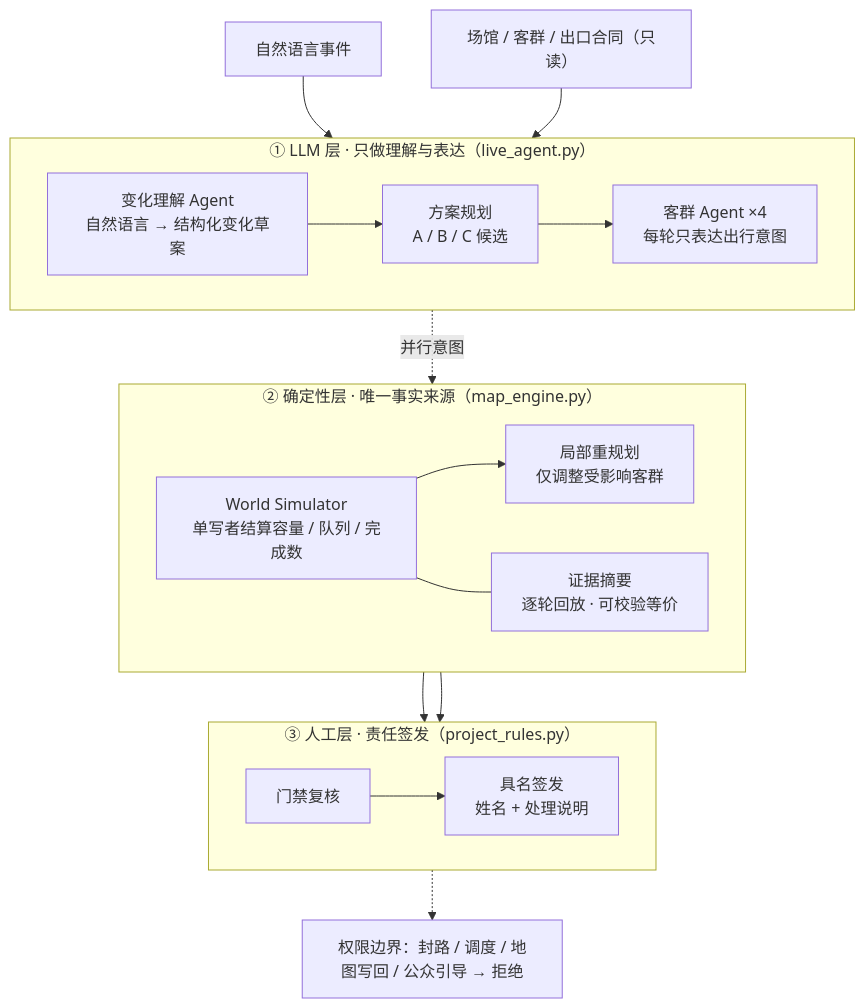
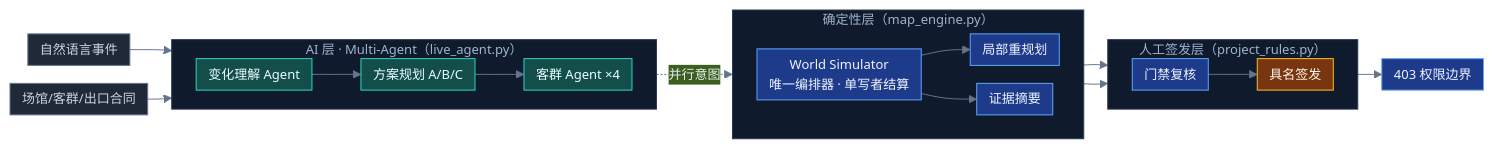
The second of 2 diagrams in README.md (mumudecrance-ship-it/ai-agent-portfolio), drawn with Mermaid before and after one commit. The commit also changed other lines of this file, not shown here.

Commit message:
重构两张架构图为横向分层图：蓝灰配色 + AI/确定性/人工三色区分

````diff
--- a/README.md
+++ b/README.md
@@ -92,29 +106,34 @@
 ```mermaid
-flowchart TB
-    NL["自然语言事件"] --> CHG
-    CASE["场馆 / 客群 / 出口合同（只读）"] --> CHG
+%%{init: {'theme': 'base', 'themeVariables': {'backgroundColor': '#0a1120', 'primaryColor': '#1e3a5f', 'primaryTextColor': '#e6edf3', 'primaryBorderColor': '#3b82f6', 'lineColor': '#64748b', 'fontSize': '13px', 'clusterBkg': '#0f1b2d', 'clusterBorder': '#2a3a55', 'titleColor': '#9fb3cc'}, 'flowchart': {'nodeSpacing': 18, 'rankSpacing': 24, 'padding': 6}}}%%
+flowchart LR
+    NL["自然语言事件"]:::in --> CHG
+    CASE["场馆/客群/出口合同"]:::in --> CHG
 
-    subgraph LLM["① LLM 层 · 只做理解与表达（live_agent.py）"]
+    subgraph AI["AI 层 · Multi-Agent（live_agent.py）"]
         direction LR
-        CHG["变化理解 Agent<br/>自然语言 → 结构化变化草案"] --> PLAN["方案规划<br/>A / B / C 候选"]
-        PLAN --> C1["客群 Agent ×4<br/>每轮只表达出行意图"]
+        CHG["变化理解 Agent"]:::ai --> PLAN["方案规划 A/B/C"]:::ai --> C1["客群 Agent ×4"]:::ai
     end
 
-    subgraph DET["② 确定性层 · 唯一事实来源（map_engine.py）"]
+    subgraph DET["确定性层（map_engine.py）"]
         direction LR
-        ENGINE["World Simulator<br/>单写者结算容量 / 队列 / 完成数"] --> REPLAN["局部重规划<br/>仅调整受影响客群"]
-        ENGINE --- EVID["证据摘要<br/>逐轮回放 · 可校验等价"]
+        SIM["World Simulator<br/>唯一编排器 · 单写者结算"]:::det --> REPLAN["局部重规划"]:::det
+        SIM --> EVID["证据摘要"]:::det
     end
 
-    subgraph HUMAN["③ 人工层 · 责任签发（project_rules.py）"]
+    subgraph HUM["人工签发层（project_rules.py）"]
         direction LR
-        GATE["门禁复核"] --> SIGN["具名签发<br/>姓名 + 处理说明"]
+        CHECK["门禁复核"]:::det --> SIGN["具名签发"]:::human
     end
 
-    BOUND["权限边界：封路 / 调度 / 地图写回 / 公众引导 → 拒绝"]
+    BOUND["403 权限边界"]:::det
 
-    C1 -.->|并行意图| ENGINE
-    REPLAN --> GATE
-    EVID --> GATE
-    SIGN -.-> BOUND
+    C1 -.->|并行意图| SIM
+    REPLAN --> CHECK
+    EVID --> CHECK
+    SIGN --> BOUND
+
+    classDef in fill:#1f2937,stroke:#64748b,color:#cbd5e1;
+    classDef ai fill:#134e4a,stroke:#2dd4bf,color:#ecfeff;
+    classDef det fill:#1e3a8a,stroke:#60a5fa,color:#eff6ff;
+    classDef human fill:#78350f,stroke:#fbbf24,color:#fffbeb;
 ```
````
